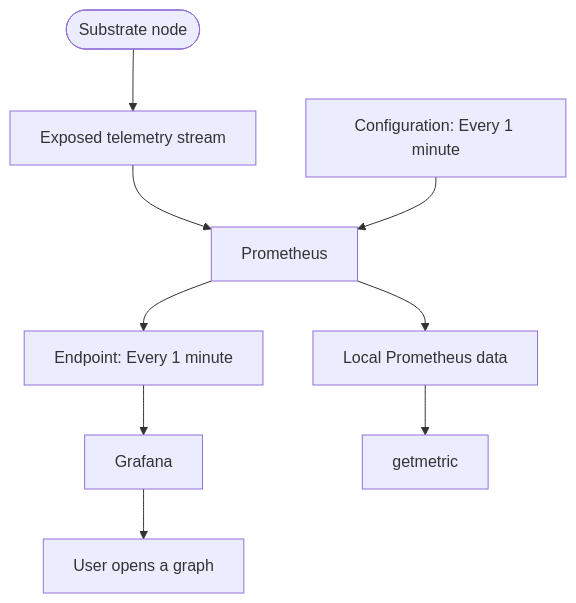
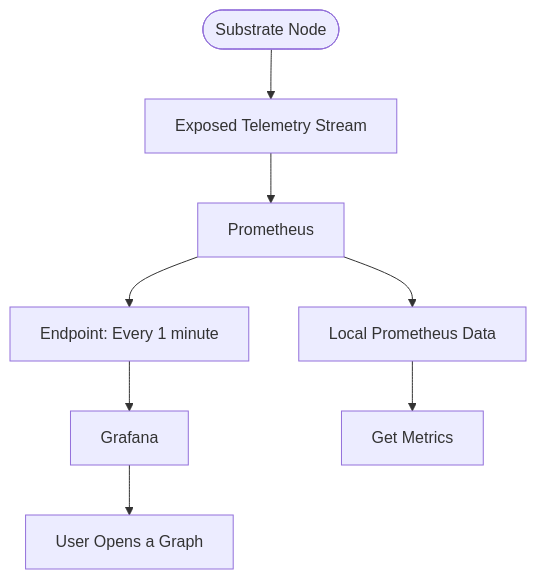
The diagram in develop/blockchains/maintenance/runtime-metrics-monitoring.md (polkadot-developers/polkadot-docs), drawn with Mermaid before and after one commit.

Commit message:
fix: updating mermaid diagram

````diff
--- a/develop/blockchains/maintenance/runtime-metrics-monitoring.md
+++ b/develop/blockchains/maintenance/runtime-metrics-monitoring.md
@@ -22,11 +22,10 @@
 ```mermaid
 graph TD
-  subnode([Substrate node]) --> telemetrystream[Exposed telemetry stream]
-  telemetrystream --> prom[Prometheus]
-  configuration[Configuration: Every 1 minute] --> prom
-  prom --> endpoint[Endpoint: Every 1 minute]
+  subNode([Substrate Node]) --> telemetryStream[Exposed Telemetry Stream]
+  telemetryStream --> prometheus[Prometheus]
+  prometheus --> endpoint[Endpoint: Every 1 minute]
   endpoint --> grafana[Grafana]
-  grafana --> useropen[User opens a graph]
-  prom --> localdata[Local Prometheus data]
-  localdata --> getmetric
+  grafana --> userOpen[User Opens a Graph]
+  prometheus --> localData[Local Prometheus Data]
+  localData --> getmetrics[Get Metrics]
 ```
````
